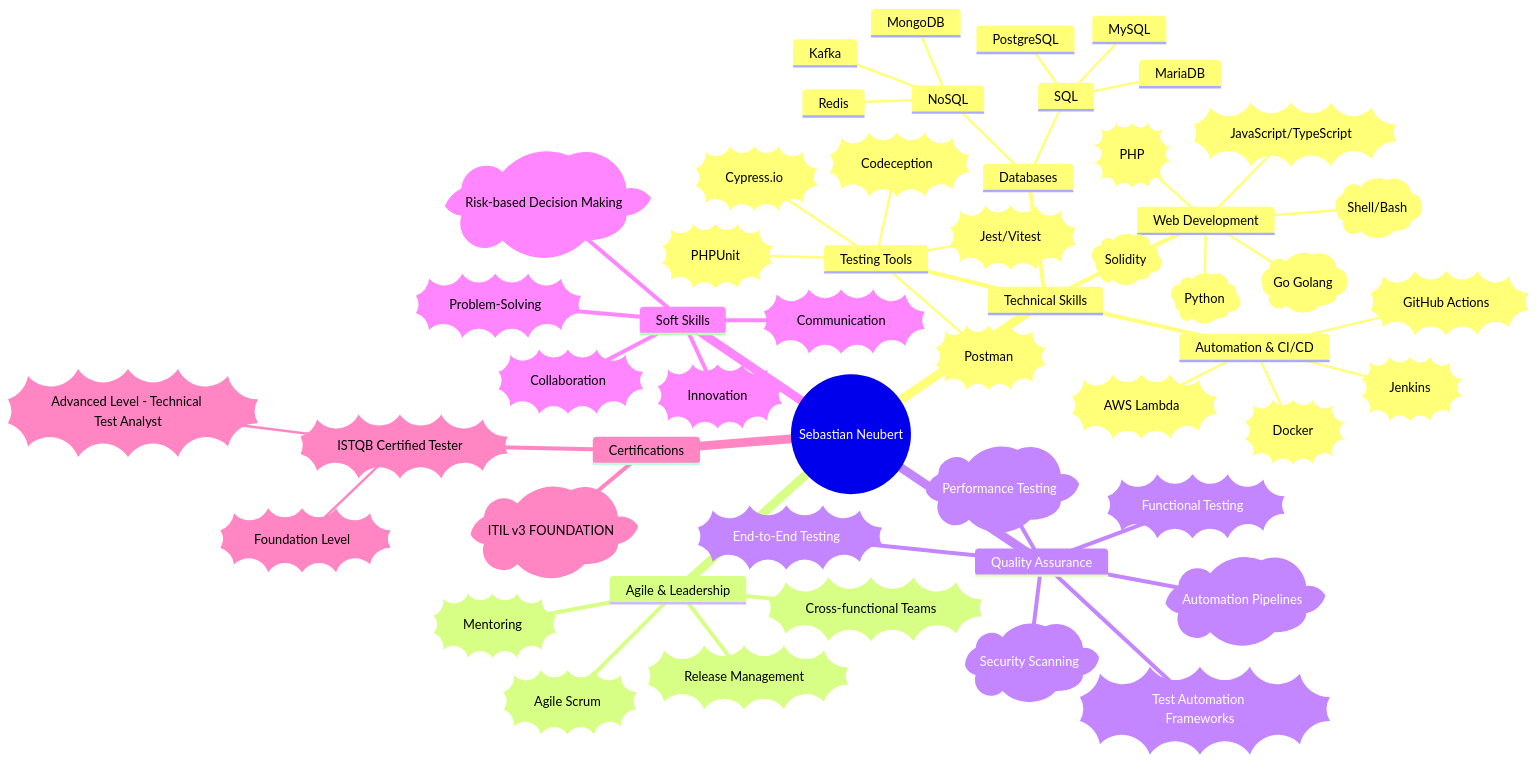
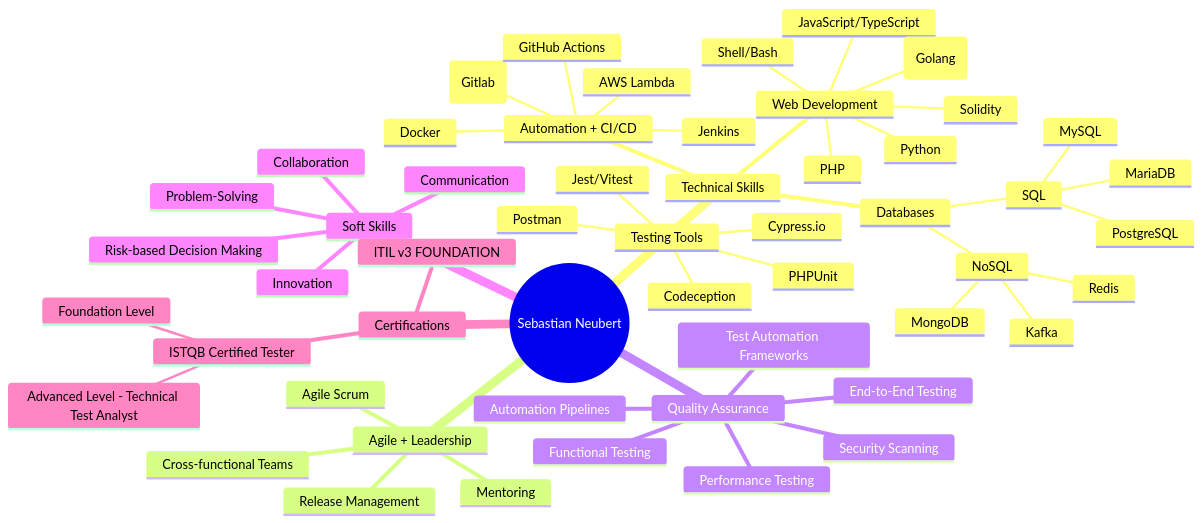
Before and after one commit to sebastianneubert/sebastianneubert: the diagram in README.md, drawn with Mermaid.

````diff
--- a/README.md
+++ b/README.md
@@ -7,55 +7,56 @@
 ```mermaid
 mindmap
   root((Sebastian Neubert))
     Technical Skills
       Web Development
-        id1))PHP(( 
-        id2))JavaScript/TypeScript(( 
-        id3)Python(
-        id4)Shell/Bash(
-        id5)Solidity(
-        id6)Go Golang(
+        PHP
+        JavaScript/TypeScript
+        Python
+        Shell/Bash
+        Solidity
+        Go (Golang)
       Testing Tools
-        id7))Cypress.io(( 
-        id8))Codeception((
-        id9))PHPUnit((
-        id10))Jest/Vitest((
-        id11))Postman((
-      Automation & CI/CD
-        id12))Jenkins((
-        id13))Docker((
-        id14))AWS Lambda((
-        id15))GitHub Actions((
+        Cypress.io
+        Codeception
+        PHPUnit
+        Jest/Vitest
+        Postman
+      Automation + CI/CD
+        (Gitlab)
+        Jenkins
+        Docker
+        AWS Lambda
+        GitHub Actions
       Databases
         SQL
           MySQL
           MariaDB
           PostgreSQL
         NoSQL
           MongoDB
           Redis
           Kafka
-    Agile & Leadership
-      id21))Agile Scrum((
-      id22))Cross-functional Teams((
-      id23))Mentoring((
-      id24))Release Management((
+    Agile + Leadership
+      Agile Scrum
+      Cross-functional Teams
+      Mentoring
+      Release Management
     Quality Assurance
-      id25))End-to-End Testing((
-      id26))Functional Testing((
-      id27)Performance Testing(
-      id28)Security Scanning(
-      id29)Automation Pipelines(
-      id30))Test Automation Frameworks((
+      End-to-End Testing
+      Functional Testing
+      Performance Testing
+      Security Scanning
+      Automation Pipelines
+      Test Automation Frameworks
     Soft Skills
-      id31))Collaboration((
-      id32))Problem-Solving((
-      id33))Communication((
-      id34))Innovation((
-      id35)Risk-based Decision Making(
+      Collaboration
+      Problem-Solving
+      Communication
+      Innovation
+      Risk-based Decision Making
     Certifications
-      id36))ISTQB Certified Tester(
-        id37))Foundation Level((
-        id38))Advanced Level - Technical Test Analyst((
-      id39)ITIL v3 FOUNDATION(
+      ISTQB Certified Tester
+        Foundation Level
+        Advanced Level - Technical Test Analyst
+      ITIL v3 FOUNDATION
 ```
````
